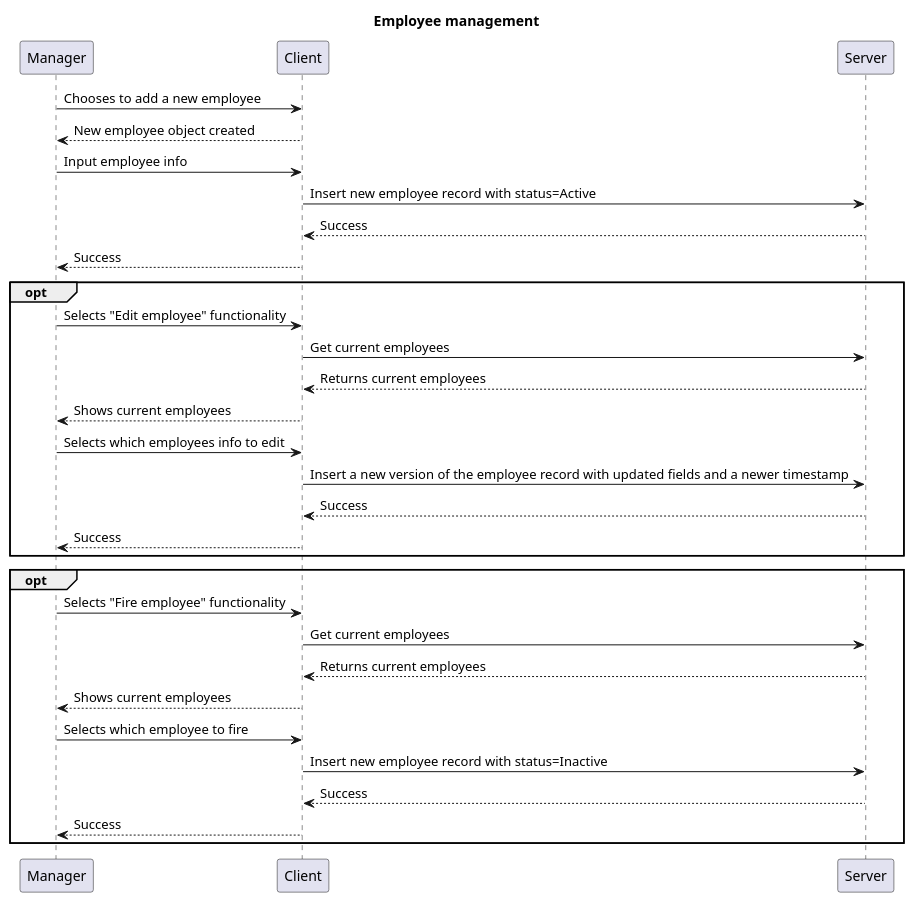
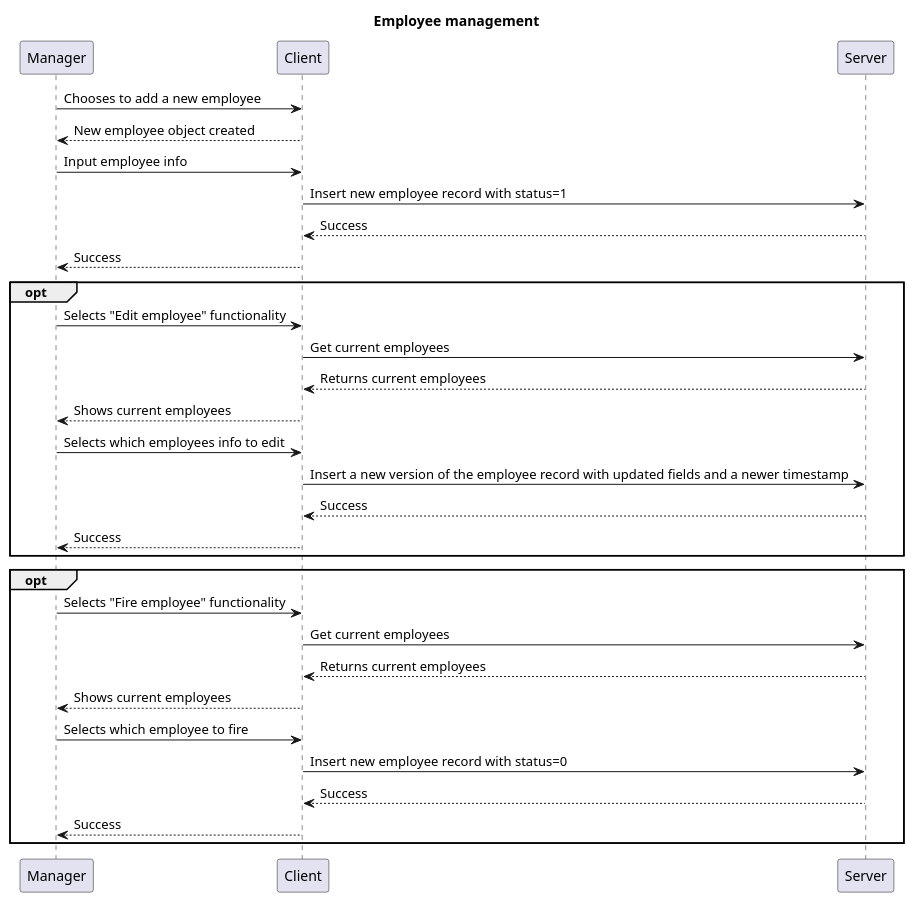
The diagram in PSP/lab-1/sequence-diagrams/employee-management.puml (keusinis/semester-5-docs), drawn with PlantUML before and after one commit.

```diff
--- a/PSP/lab-1/sequence-diagrams/employee-management.puml
+++ b/PSP/lab-1/sequence-diagrams/employee-management.puml
@@ -1,32 +1,32 @@
 @startuml employee-management
 title Employee management
 
 Manager -> Client: Chooses to add a new employee
 Client --> Manager: New employee object created
 Manager -> Client: Input employee info
-Client -> Server: Insert new employee record with status=Active
+Client -> Server: Insert new employee record with status=1
 Server --> Client: Success
 Client --> Manager: Success
 
 opt 
 Manager -> Client: Selects "Edit employee" functionality
 Client -> Server: Get current employees
 Server --> Client: Returns current employees
 Client --> Manager: Shows current employees
 Manager -> Client: Selects which employees info to edit
 Client -> Server: Insert a new version of the employee record with updated fields and a newer timestamp
 Server --> Client: Success
 Client --> Manager: Success
 end
 
 opt 
 Manager -> Client: Selects "Fire employee" functionality
 Client -> Server: Get current employees
 Server --> Client: Returns current employees
 Client --> Manager: Shows current employees
 Manager -> Client: Selects which employee to fire
-Client -> Server: Insert new employee record with status=Inactive
+Client -> Server: Insert new employee record with status=0
 Server --> Client: Success
 Client --> Manager: Success
 end
 @enduml employee-management
```
